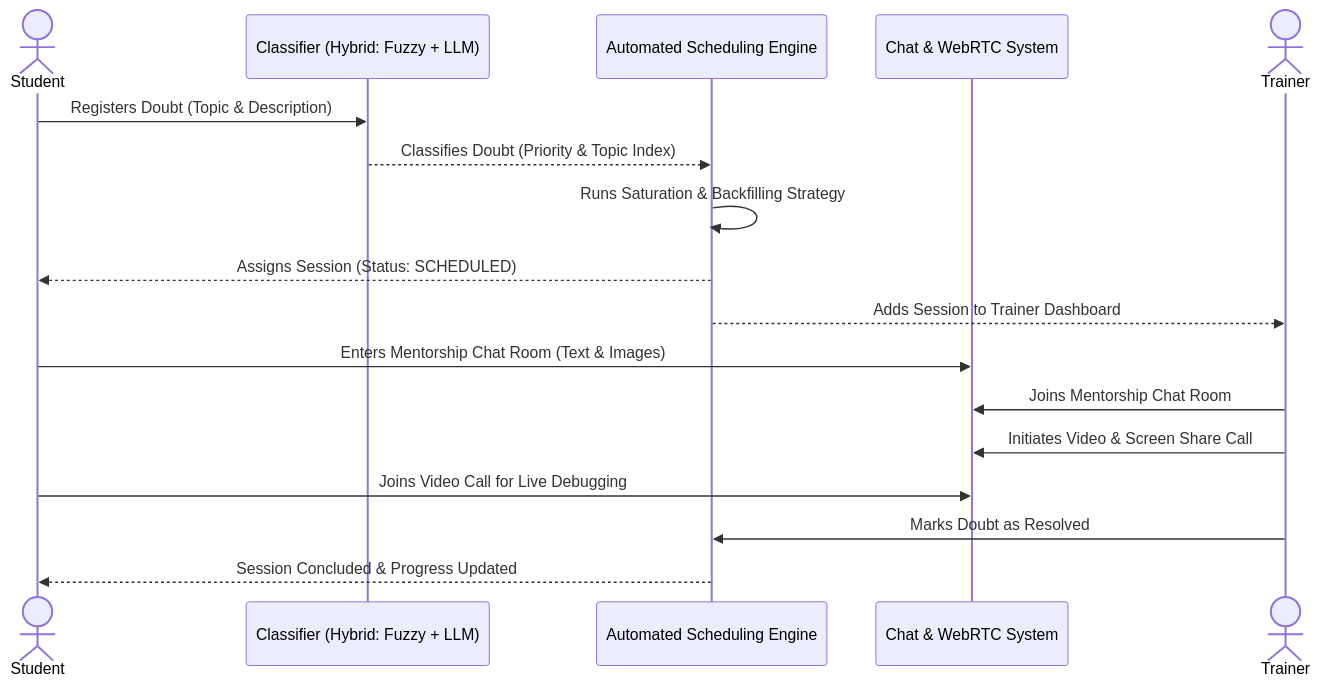
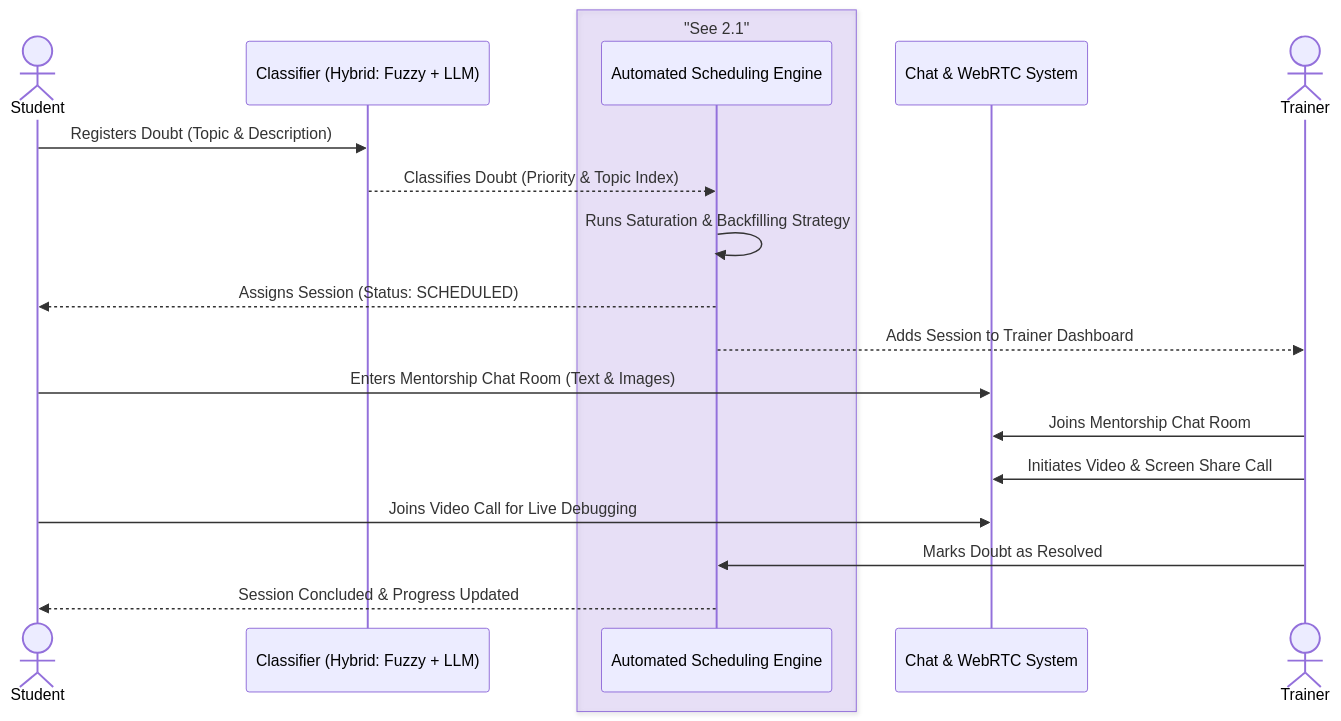
The eighth of 17 diagrams in README.md (suyash-rgb/JS-Mentor), drawn with Mermaid before and after one commit.

Commit message:
docs: highlight Automated Scheduling Engine

````diff
--- a/README.md
+++ b/README.md
@@ -308,20 +308,24 @@
 ```mermaid
 sequenceDiagram
     actor S as Student
     participant C as Classifier (Hybrid: Fuzzy + LLM)
+    
+    box rgba(153, 102, 255, 0.15) "See 2.1"
     participant E as Automated Scheduling Engine
+    end
+    
     participant CH as Chat & WebRTC System
     actor T as Trainer
 
     S->>C: Registers Doubt (Topic & Description)
     C-->>E: Classifies Doubt (Priority & Topic Index)
     E->>E: Runs Saturation & Backfilling Strategy
     E-->>S: Assigns Session (Status: SCHEDULED)
     E-->>T: Adds Session to Trainer Dashboard
     S->>CH: Enters Mentorship Chat Room (Text & Images)
     T->>CH: Joins Mentorship Chat Room
     T->>CH: Initiates Video & Screen Share Call
     S->>CH: Joins Video Call for Live Debugging
     T->>E: Marks Doubt as Resolved
     E-->>S: Session Concluded & Progress Updated
 ```
````
